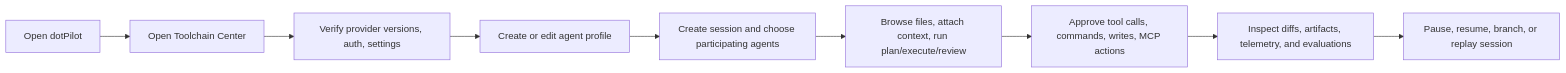
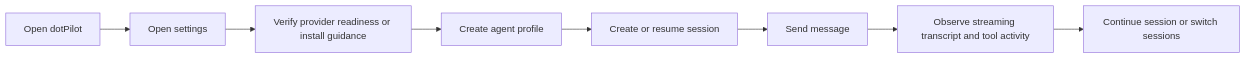
Before and after one commit to managedcode/dotPilot: the first of 2 diagrams in docs/Features/agent-control-plane-experience.md, drawn with Mermaid. The commit also changed other lines of this file and 150 other files, not shown here.

Commit message:
Rewrite app around agent sessions

````diff
--- a/docs/Features/agent-control-plane-experience.md
+++ b/docs/Features/agent-control-plane-experience.md
@@ -62,14 +51,13 @@
 ```mermaid
 flowchart LR
   Open["Open dotPilot"]
-  Check["Open Toolchain Center"]
-  Configure["Verify provider versions, auth, settings"]
-  Profile["Create or edit agent profile"]
-  Compose["Create session and choose participating agents"]
-  Work["Browse files, attach context, run plan/execute/review"]
-  Approve["Approve tool calls, commands, writes, MCP actions"]
-  Inspect["Inspect diffs, artifacts, telemetry, and evaluations"]
-  Resume["Pause, resume, branch, or replay session"]
+  Settings["Open settings"]
+  Providers["Verify provider readiness or install guidance"]
+  Agent["Create agent profile"]
+  Session["Create or resume session"]
+  Chat["Send message"]
+  Stream["Observe streaming transcript and tool activity"]
+  Continue["Continue session or switch sessions"]
 
-  Open --> Check --> Configure --> Profile --> Compose --> Work --> Approve --> Inspect --> Resume
+  Open --> Settings --> Providers --> Agent --> Session --> Chat --> Stream --> Continue
 ```
````
